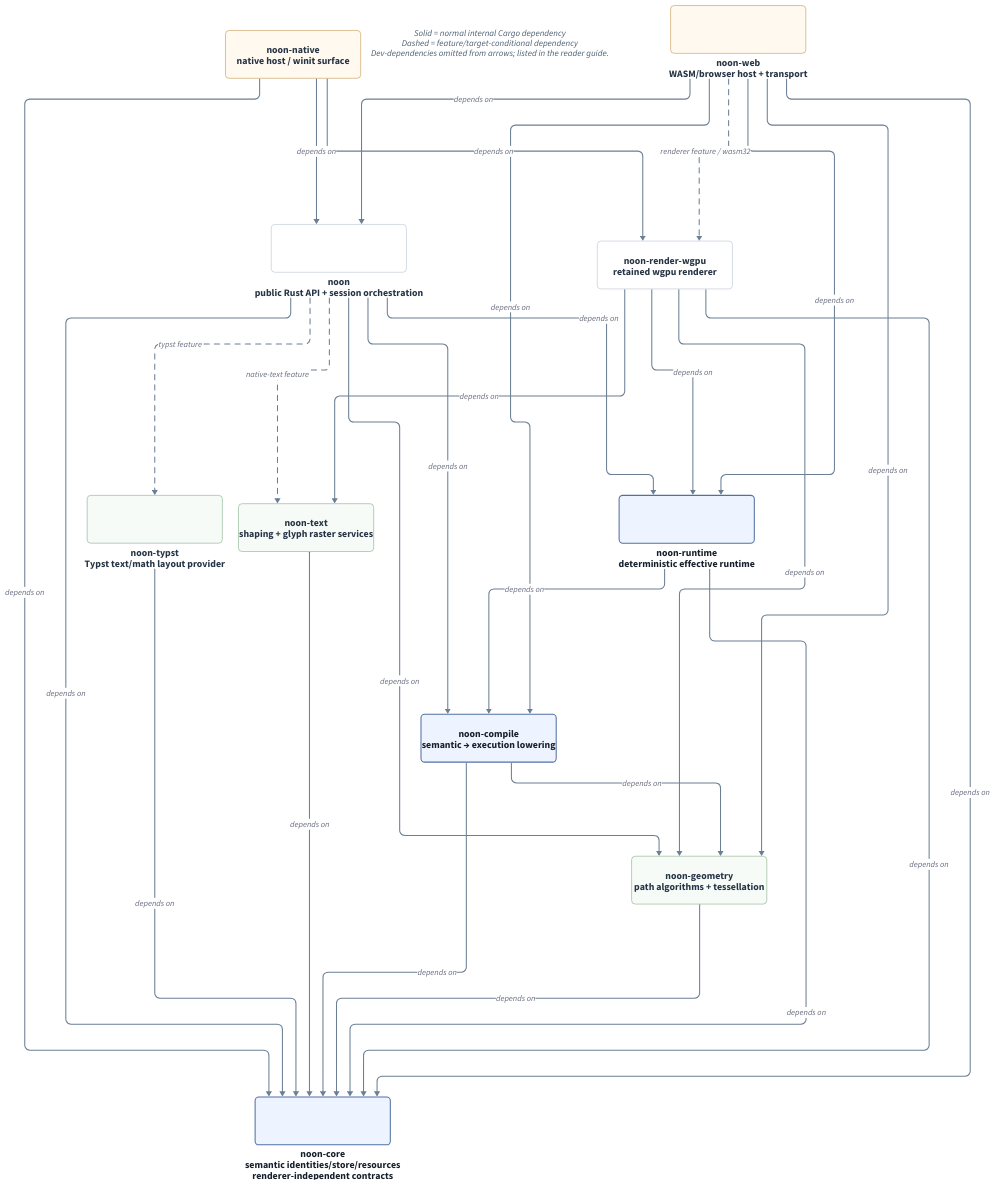
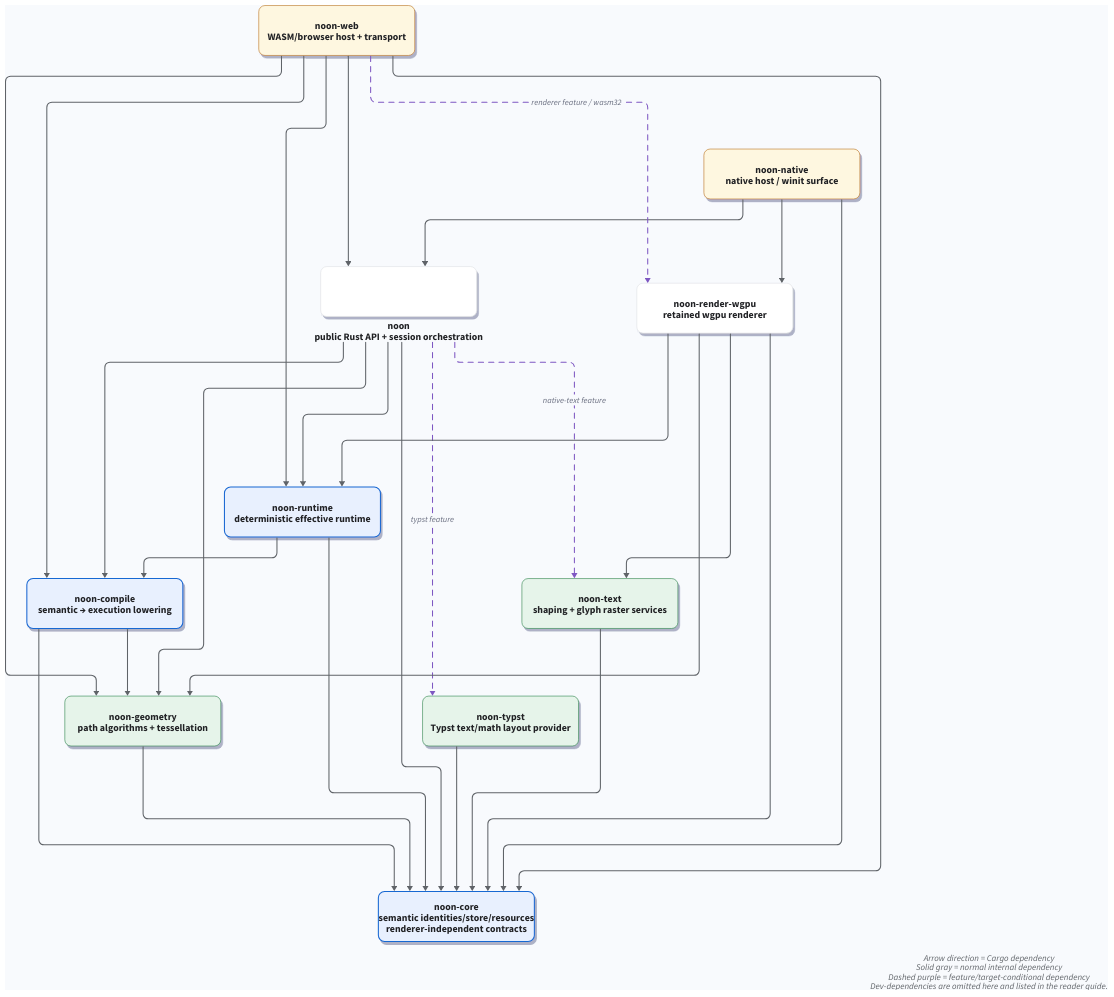
The diagram in docs/crate-dependencies.d2 (yongkyuns/noon), drawn with D2 before and after one commit.

Commit message:
docs: clean up crate dependency map styling

```diff
--- a/docs/crate-dependencies.d2
+++ b/docs/crate-dependencies.d2
@@ -1,58 +1,61 @@
 # Complete internal Cargo dependency map for the active workspace. docs/architecture.md remains normative.
+# D2 has no built-in Google Material theme; this source uses a Material-inspired palette.
 vars: {d2-config: {layout-engine: elk; theme-id: 0}}
-style.fill: "#FFFFFF"
+style.fill: "#F8FAFD"
 classes: {
-  crate: {width: 260; height: 92; style: {font-size: 19; bold: true; font-color: "#263445"; fill: "#FFFFFF"; stroke: "#AEBBCB"; border-radius: 7; stroke-width: 1}}
-  core: {width: 260; height: 92; style: {font-size: 19; bold: true; font-color: "#17202A"; fill: "#EEF4FF"; stroke: "#5271A3"; border-radius: 7; stroke-width: 2}}
-  provider: {width: 260; height: 92; style: {font-size: 19; bold: true; font-color: "#263445"; fill: "#F7FBF7"; stroke: "#75A478"; border-radius: 7; stroke-width: 1}}
-  host: {width: 260; height: 92; style: {font-size: 19; bold: true; font-color: "#263445"; fill: "#FFF9EF"; stroke: "#BE8A3A"; border-radius: 7; stroke-width: 1}}
-  edge: {style: {stroke: "#6B7F94"; stroke-width: 2}}
-  optional: {style: {stroke: "#6B7F94"; stroke-width: 2; stroke-dash: 5}}
-  dev: {style: {stroke: "#9AA6B3"; stroke-width: 1; stroke-dash: 3}}
+  crate: {width: 300; height: 96; style: {font-size: 19; bold: true; font-color: "#202124"; fill: "#FFFFFF"; stroke: "#DADCE0"; border-radius: 12; stroke-width: 1; shadow: true}}
+  core: {width: 300; height: 96; style: {font-size: 19; bold: true; font-color: "#202124"; fill: "#E8F0FE"; stroke: "#1967D2"; border-radius: 12; stroke-width: 2; shadow: true}}
+  provider: {width: 300; height: 96; style: {font-size: 19; bold: true; font-color: "#202124"; fill: "#E6F4EA"; stroke: "#137333"; border-radius: 12; stroke-width: 1; shadow: true}}
+  host: {width: 300; height: 96; style: {font-size: 19; bold: true; font-color: "#202124"; fill: "#FEF7E0"; stroke: "#B06000"; border-radius: 12; stroke-width: 1; shadow: true}}
+  edge: {style: {stroke: "#5F6368"; stroke-width: 2}}
+  optional: {style: {stroke: "#7E57C2"; stroke-width: 2; stroke-dash: 5}}
 }
+
 direction: down
-horizontal-gap: 60
-vertical-gap: 38
+horizontal-gap: 104
+vertical-gap: 66
 
 native: "noon-native\nnative host / winit surface" {class: host}
 web: "noon-web\nWASM/browser host + transport" {class: host}
 noon: "noon\npublic Rust API + session orchestration" {class: crate}
 renderer: "noon-render-wgpu\nretained wgpu renderer" {class: crate}
 runtime: "noon-runtime\ndeterministic effective runtime" {class: core}
 compile: "noon-compile\nsemantic → execution lowering" {class: core}
 geometry: "noon-geometry\npath algorithms + tessellation" {class: provider}
 text: "noon-text\nshaping + glyph raster services" {class: provider}
 typst: "noon-typst\nTypst text/math layout provider" {class: provider}
 core: "noon-core\nsemantic identities/store/resources\nrenderer-independent contracts" {class: core}
 
-native -> noon: "depends on" {class: edge}
-native -> renderer: "depends on" {class: edge}
-native -> core: "depends on" {class: edge}
-web -> noon: "depends on" {class: edge}
-web -> compile: "depends on" {class: edge}
-web -> runtime: "depends on" {class: edge}
-web -> geometry: "depends on" {class: edge}
-web -> core: "depends on" {class: edge}
+# Arrow direction means “depends on”. Repeated labels were removed to keep routing clean.
+native -> noon {class: edge}
+native -> renderer {class: edge}
+native -> core {class: edge}
+web -> noon {class: edge}
+web -> compile {class: edge}
+web -> runtime {class: edge}
+web -> geometry {class: edge}
+web -> core {class: edge}
 web -> renderer: "renderer feature / wasm32" {class: optional}
-noon -> compile: "depends on" {class: edge}
-noon -> runtime: "depends on" {class: edge}
-noon -> geometry: "depends on" {class: edge}
-noon -> core: "depends on" {class: edge}
+noon -> compile {class: edge}
+noon -> runtime {class: edge}
+noon -> geometry {class: edge}
+noon -> core {class: edge}
 noon -> text: "native-text feature" {class: optional}
 noon -> typst: "typst feature" {class: optional}
-renderer -> runtime: "depends on" {class: edge}
-renderer -> geometry: "depends on" {class: edge}
-renderer -> text: "depends on" {class: edge}
-renderer -> core: "depends on" {class: edge}
-runtime -> compile: "depends on" {class: edge}
-runtime -> core: "depends on" {class: edge}
-compile -> geometry: "depends on" {class: edge}
-compile -> core: "depends on" {class: edge}
-geometry -> core: "depends on" {class: edge}
-text -> core: "depends on" {class: edge}
-typst -> core: "depends on" {class: edge}
+renderer -> runtime {class: edge}
+renderer -> geometry {class: edge}
+renderer -> text {class: edge}
+renderer -> core {class: edge}
+runtime -> compile {class: edge}
+runtime -> core {class: edge}
+compile -> geometry {class: edge}
+compile -> core {class: edge}
+geometry -> core {class: edge}
+text -> core {class: edge}
+typst -> core {class: edge}
 
-legend: "Solid = normal internal Cargo dependency\nDashed = feature/target-conditional dependency\nDev-dependencies omitted from arrows; listed in the reader guide." {
+legend: "Arrow direction = Cargo dependency\nSolid gray = normal internal dependency\nDashed purple = feature/target-conditional dependency\nDev-dependencies are omitted here and listed in the reader guide." {
   shape: text
-  style: {font-size: 17; italic: true; font-color: "#4B5D70"}
+  near: bottom-right
+  style: {font-size: 17; italic: true; font-color: "#5F6368"}
 }
```
